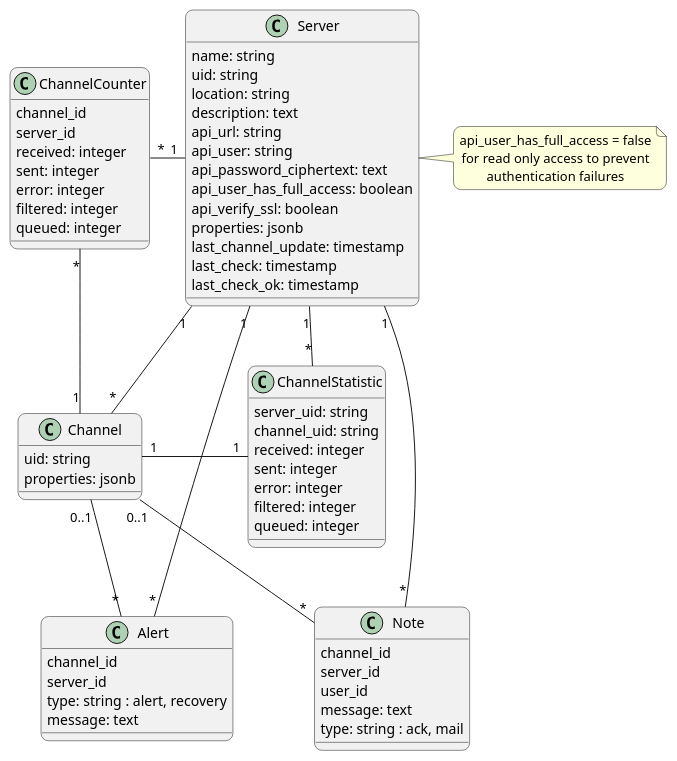
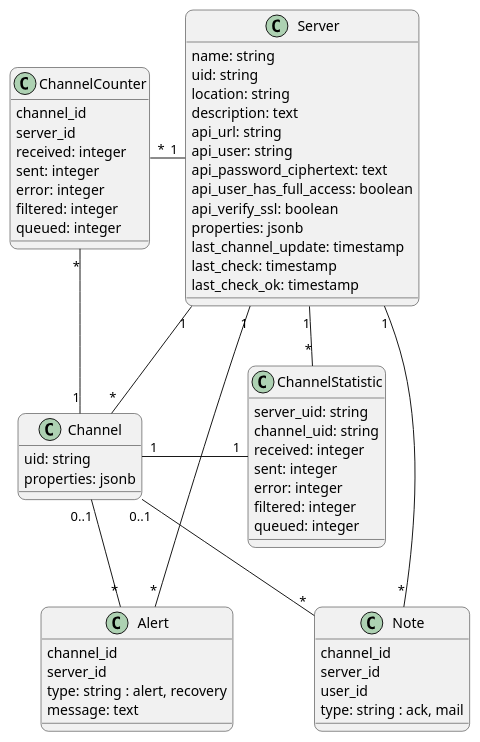
One commit to swobspace/mirco changed the diagram in public/docs/dev-notes/_images/models.puml. Above: the diagram before and after it, drawn with PlantUML. The commit also changed 5 other files, not shown here.

```diff
--- a/public/docs/dev-notes/_images/models.puml
+++ b/public/docs/dev-notes/_images/models.puml
@@ -1,78 +1,72 @@
 @startuml
 top to bottom direction
 skinparam defaultTextAlignment center
 skinparam roundCorner 15
 
 class Server  {
   name: string
   uid: string
   location: string
   description: text
   api_url: string
   api_user: string
   api_password_ciphertext: text
   api_user_has_full_access: boolean
   api_verify_ssl: boolean
   properties: jsonb
   last_channel_update: timestamp
   last_check: timestamp
   last_check_ok: timestamp
 }
-note right of Server
-  api_user_has_full_access = false
-  for read only access to prevent
-  authentication failures
-end note
 
 class Channel {
   uid: string
   properties: jsonb
 }
 
 class ChannelStatistic {
   server_uid: string
   channel_uid: string
   received: integer
   sent: integer
   error: integer
   filtered: integer
   queued: integer
 }
 
 class ChannelCounter {
   channel_id
   server_id
   received: integer
   sent: integer
   error: integer
   filtered: integer
   queued: integer
 }
 
 class Alert {
   channel_id
   server_id
   type: string : alert, recovery
   message: text
 }
 
 class Note {
   channel_id
   server_id
   user_id
-  message: text
   type: string : ack, mail
 }
 
 Server "1" -- "*" Channel
 Server "1" - "*" ChannelStatistic
 Channel "1" - "1" ChannelStatistic
 ChannelCounter "*" - "1" Server
 ChannelCounter "*" -- "1" Channel
 Server "1" -- "*" Alert
 Channel "0..1" -- "*" Alert
 Server "1" -- "*" Note
 Channel "0..1" -- "*" Note
 
 
 @enduml
```
